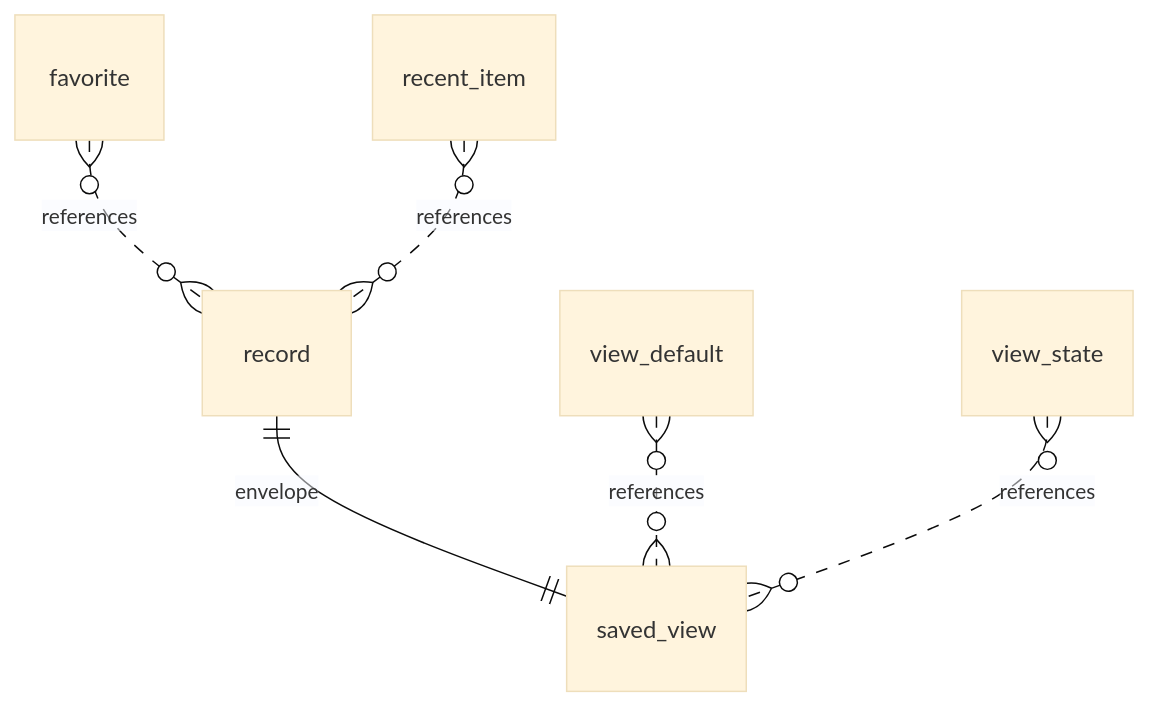
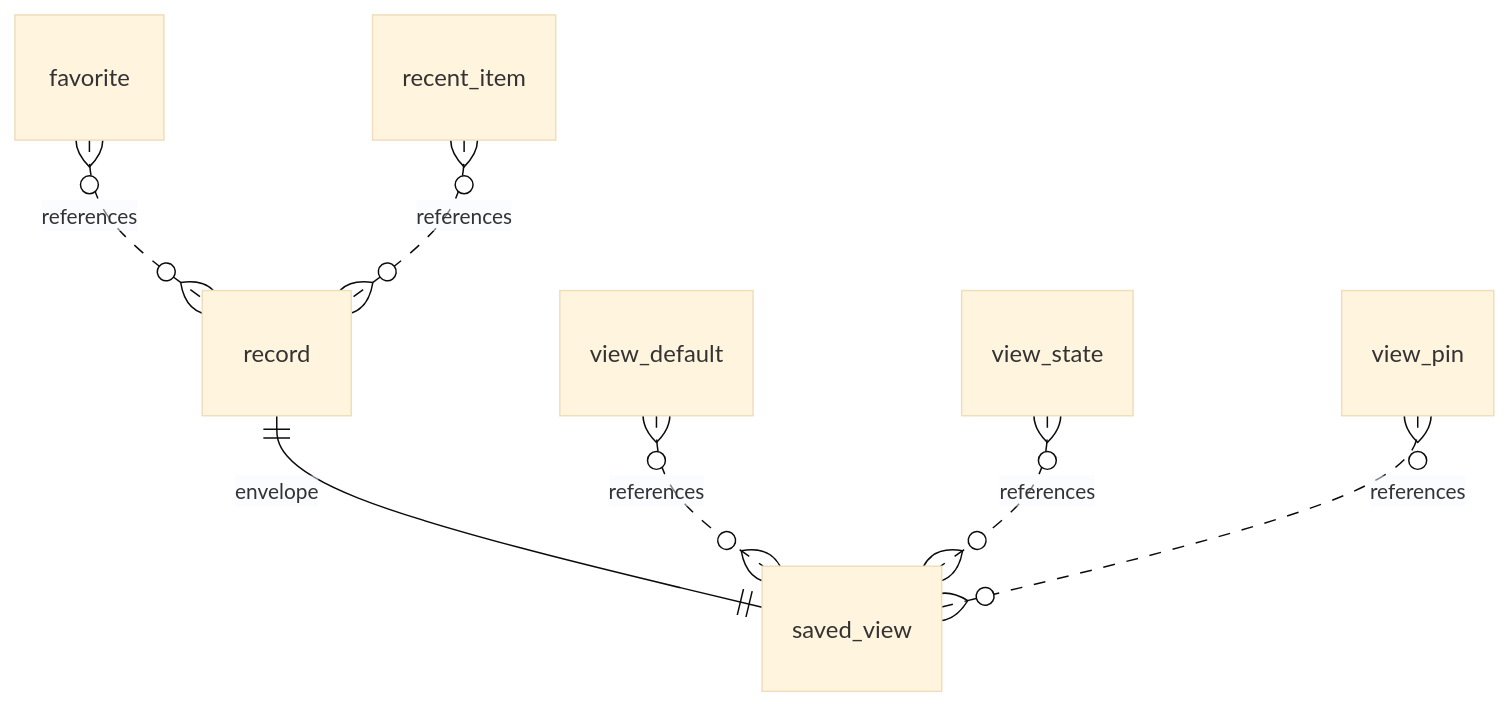
Diagram 19 of 30 in docs/architecture/data/generated/er-diagrams.md (KatrielMoses/pm), drawn with Mermaid (base theme) before and after one commit. The commit also changed 112 other files, not shown here.

````diff
--- a/docs/architecture/data/generated/er-diagrams.md
+++ b/docs/architecture/data/generated/er-diagrams.md
@@ -264,8 +264,9 @@
 ```mermaid
 erDiagram
   record ||--|| saved_view : "envelope"
   view_default }o..o{ saved_view : "references"
   favorite }o..o{ record : "references"
   recent_item }o..o{ record : "references"
   view_state }o..o{ saved_view : "references"
+  view_pin }o..o{ saved_view : "references"
 ```
````
